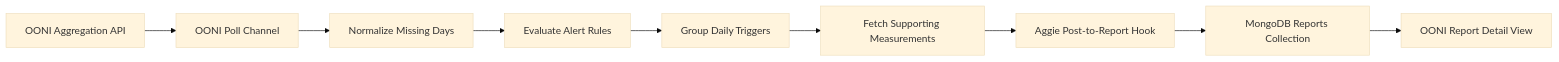
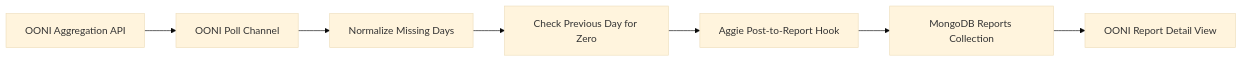
The diagram in docs/everythingaboutooni.md (InetIntel/Aggie), drawn with Mermaid (base theme) before and after one commit. The commit also changed other lines of this file and 7 other files, not shown here.

Commit message:
Use only zero-measurement OONI alerts

````diff
--- a/docs/everythingaboutooni.md
+++ b/docs/everythingaboutooni.md
@@ -139,11 +83,9 @@
 ```mermaid
 flowchart LR
     A[OONI Aggregation API] --> B[OONI Poll Channel]
     B --> C[Normalize Missing Days]
-    C --> D[Evaluate Alert Rules]
-    D --> E[Group Daily Triggers]
-    E --> F[Fetch Supporting Measurements]
-    F --> G[Aggie Post-to-Report Hook]
-    G --> H[MongoDB Reports Collection]
-    H --> I[OONI Report Detail View]
+  C --> D[Check Previous Day for Zero]
+  D --> E[Aggie Post-to-Report Hook]
+  E --> F[MongoDB Reports Collection]
+  F --> G[OONI Report Detail View]
 ```
````
